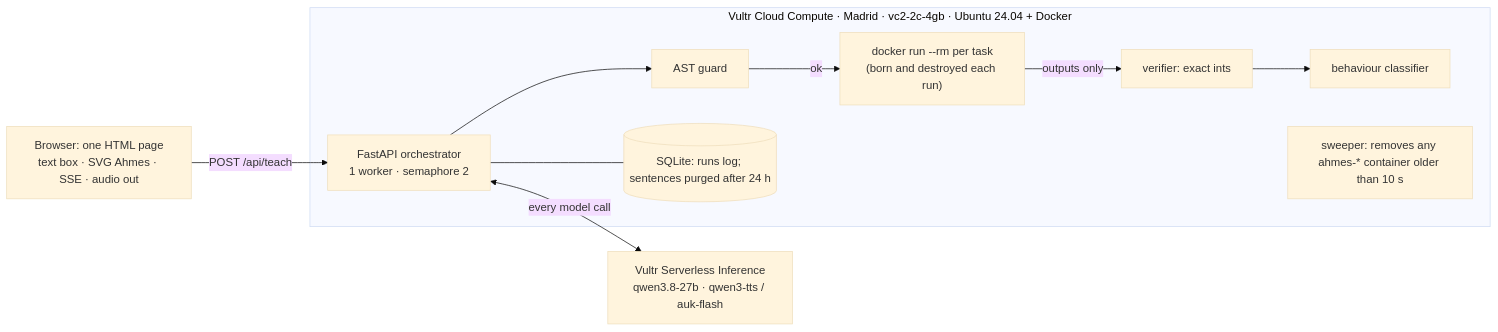
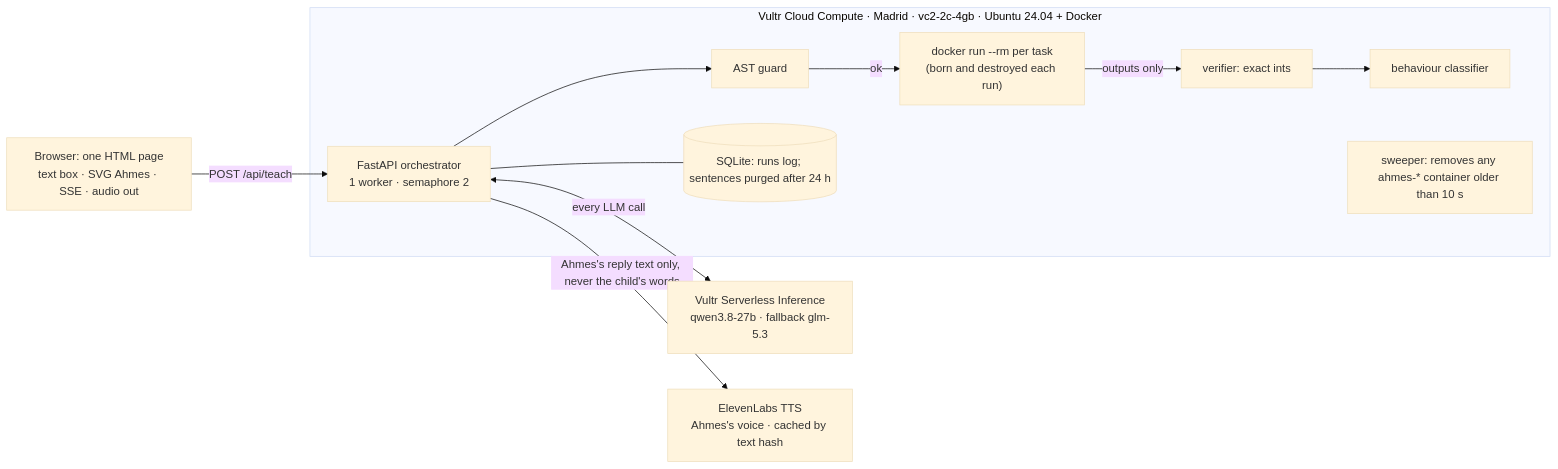
Before and after one commit to DrAhmed7887/vultr-agent-rush: the first of 2 diagrams in docs/SPEC.md, drawn with Mermaid (base theme). The commit also changed other lines of this file, not shown here.

First line of the commit message:
docs: use ElevenLabs for Ahmes's live voice

````diff
--- a/docs/SPEC.md
+++ b/docs/SPEC.md
@@ -55,13 +55,14 @@
 ```mermaid
 flowchart LR
   B[Browser: one HTML page<br/>text box · SVG Ahmes · SSE · audio out] -->|POST /api/teach| A
   subgraph VM[Vultr Cloud Compute · Madrid · vc2-2c-4gb · Ubuntu 24.04 + Docker]
     A[FastAPI orchestrator<br/>1 worker · semaphore 2] --> G[AST guard]
     G -->|ok| S["docker run --rm per task<br/>(born and destroyed each run)"]
     S -->|outputs only| V[verifier: exact ints]
     V --> C[behaviour classifier]
     A --- DB[(SQLite: runs log; sentences purged after 24 h)]
     W[sweeper: removes any ahmes-* container older than 10 s]
   end
-  A <-->|every model call| I[Vultr Serverless Inference<br/>qwen3.8-27b · qwen3-tts / auk-flash]
+  A <-->|every LLM call| I[Vultr Serverless Inference<br/>qwen3.8-27b · fallback glm-5.3]
+  A -->|Ahmes's reply text only, never the child's words| E[ElevenLabs TTS<br/>Ahmes's voice · cached by text hash]
 ```
````
